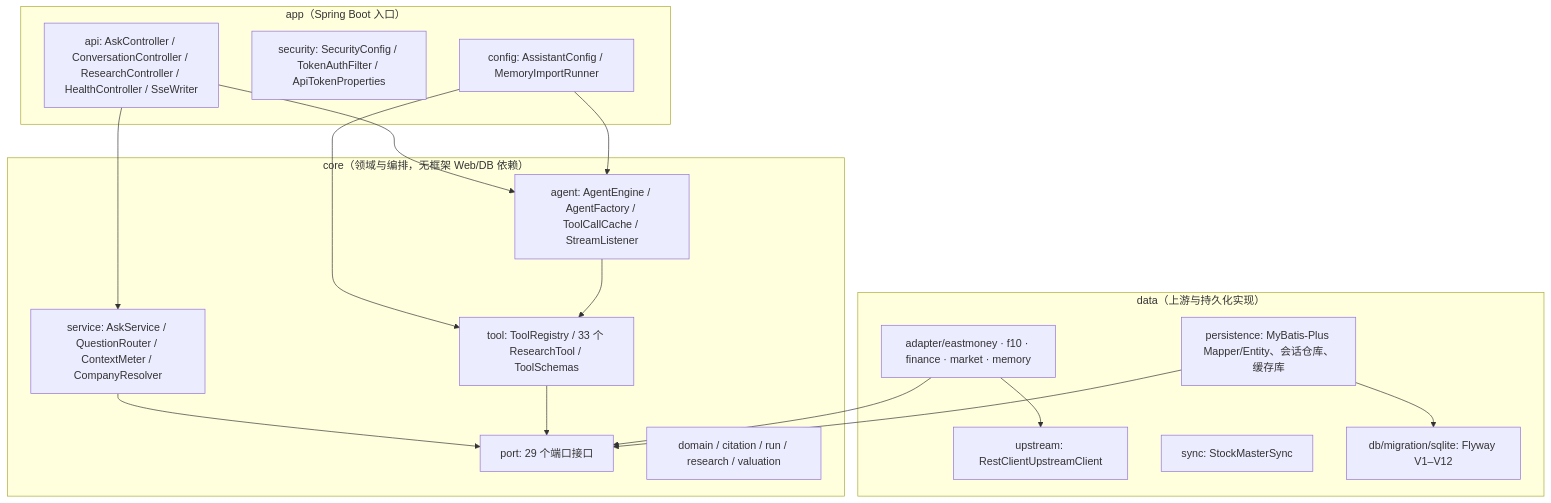
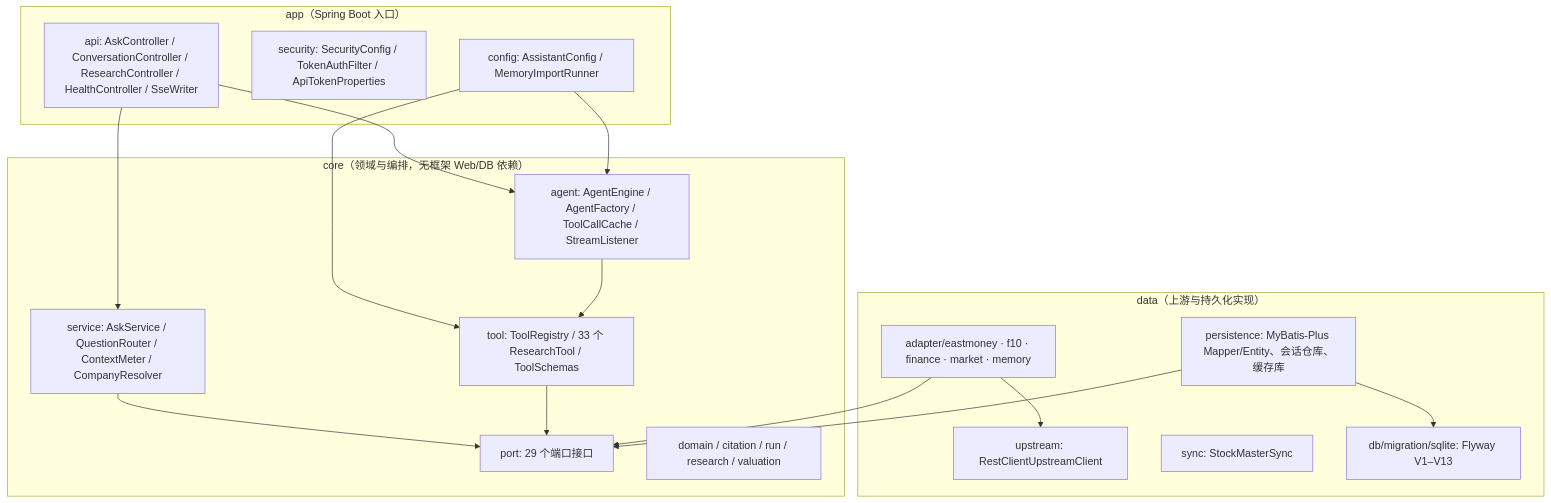
Before and after one commit to Silhouetteeeeeee/investment-research: the first of 5 diagrams in docs/handover/ARCHITECTURE.md, drawn with Mermaid. The commit also changed other lines of this file and 11 other files, not shown here.

````diff
--- a/docs/handover/ARCHITECTURE.md
+++ b/docs/handover/ARCHITECTURE.md
@@ -7,33 +7,33 @@
 ```mermaid
 graph TD
     subgraph app["app（Spring Boot 入口）"]
         A1["api: AskController / ConversationController / ResearchController / HealthController / SseWriter"]
         A2["security: SecurityConfig / TokenAuthFilter / ApiTokenProperties"]
         A3["config: AssistantConfig / MemoryImportRunner"]
     end
     subgraph core["core（领域与编排，无框架 Web/DB 依赖）"]
         C1["service: AskService / QuestionRouter / ContextMeter / CompanyResolver"]
         C2["agent: AgentEngine / AgentFactory / ToolCallCache / StreamListener"]
         C3["tool: ToolRegistry / 33 个 ResearchTool / ToolSchemas"]
         C4["port: 29 个端口接口"]
         C5["domain / citation / run / research / valuation"]
     end
     subgraph data["data（上游与持久化实现）"]
         D1["adapter/eastmoney · f10 · finance · market · memory"]
         D2["persistence: MyBatis-Plus Mapper/Entity、会话仓库、缓存库"]
         D3["upstream: RestClientUpstreamClient"]
         D4["sync: StockMasterSync"]
-        D5["db/migration/sqlite: Flyway V1–V12"]
+        D5["db/migration/sqlite: Flyway V1–V13"]
     end
     A1 --> C1
     A1 --> C2
     A3 --> C3
     A3 --> C2
     D1 --> C4
     D2 --> C4
     D1 --> D3
     D2 --> D5
     C1 --> C4
     C2 --> C3
     C3 --> C4
 ```
````
